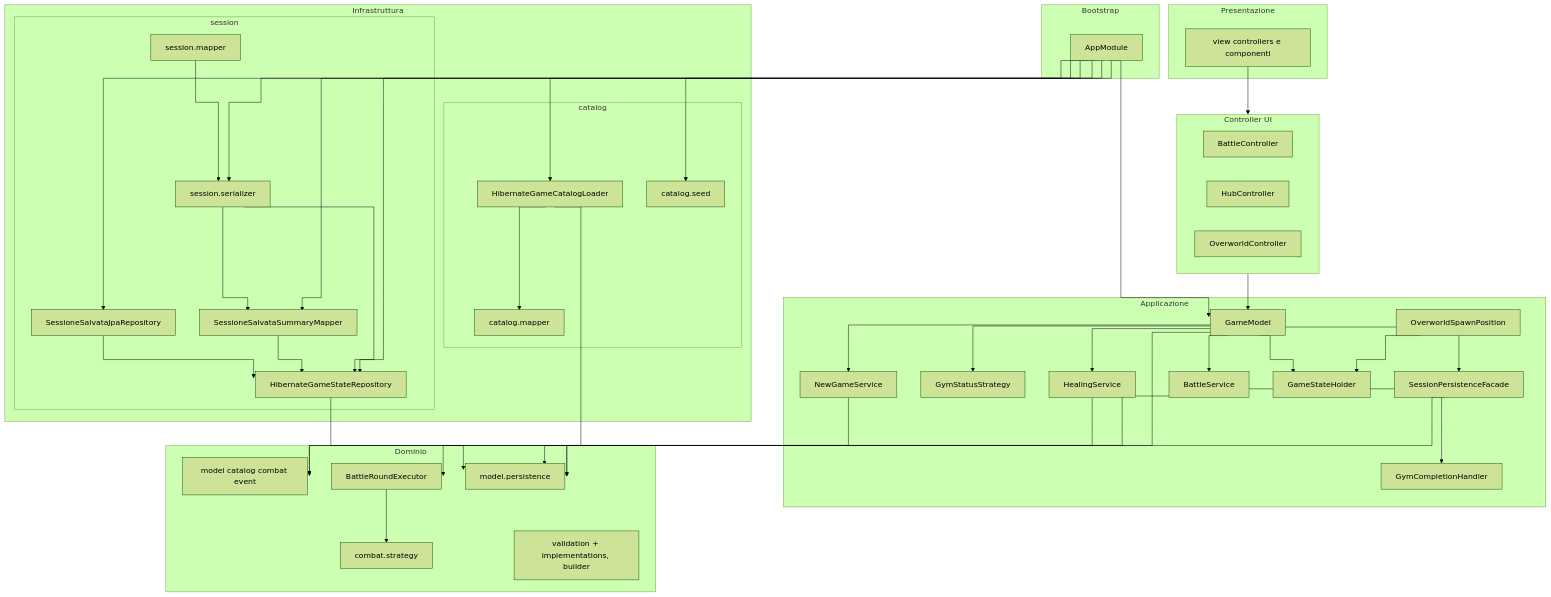
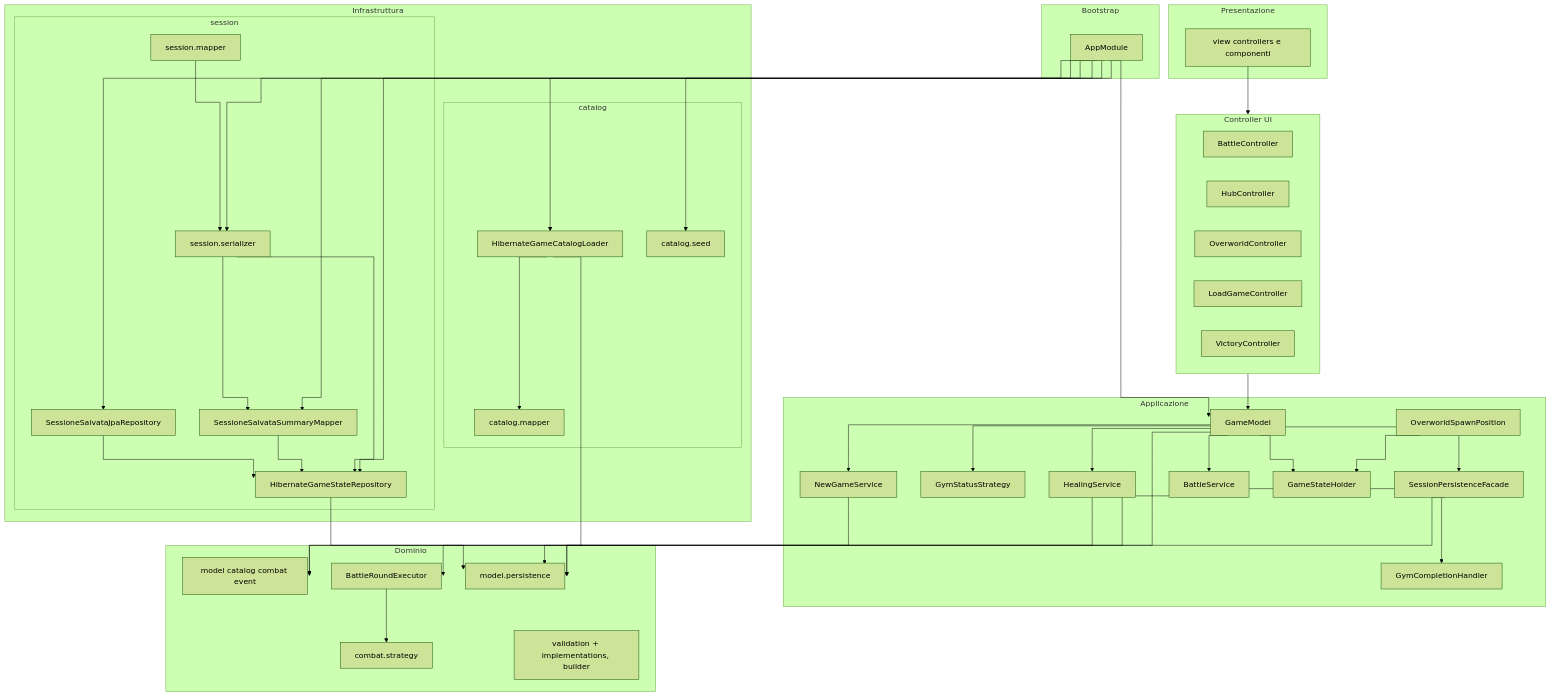
Before and after one commit to ValerioGiglio04/rpg-MPGC: the diagram in .github/wiki-pages/Responsabilita-e-architettura.md, drawn with Mermaid (forest theme). The commit also changed other lines of this file and 6 other files, not shown here.

````diff
--- a/.github/wiki-pages/Responsabilita-e-architettura.md
+++ b/.github/wiki-pages/Responsabilita-e-architettura.md
@@ -37,78 +37,80 @@
 ```mermaid
 %%{init: {'flowchart': {'curve': 'stepAfter'}}}%%
 flowchart TB
   subgraph presentation [Presentazione]
     UI[view controllers e componenti]
   end
   subgraph model.service_layer [Applicazione]
     GS[GameModel]
     SPF[SessionPersistenceFacade]
     GSS[GymStatusStrategy]
     BS[BattleService]
     NG[NewGameService]
     HS[HealingService]
     GCH[GymCompletionHandler]
     GSH[GameStateHolder]
     OSP[OverworldSpawnPosition]
   end
   subgraph model_layer [Dominio]
     Models[model catalog combat event]
     BRE[BattleRoundExecutor]
     Ports[model.persistence]
     Strat[combat.strategy]
     Valid[validation + implementations, builder]
   end
   subgraph infrastructure [Infrastruttura]
     subgraph catalog_model.persistence [catalog]
       HCat[HibernateGameCatalogLoader]
       CEM[catalog.mapper]
       Seed[catalog.seed]
     end
     subgraph session_model.persistence [session]
       JRepo[HibernateGameStateRepository]
       JpaRepo[SessioneSalvataJpaRepository]
       SumMapper[SessioneSalvataSummaryMapper]
       Ser[session.serializer]
       Mapper[session.mapper]
     end
   end
   subgraph bootstrap [Bootstrap]
     AM[AppModule]
   end
   subgraph controllers [Controller UI]
     BP[BattleController]
     HP[HubController]
     OP[OverworldController]
+    LGP[LoadGameController]
+    VP[VictoryController]
   end
   UI --> controllers
   controllers --> GS
   GS --> SPF
   GS --> GSS
   GS --> BS
   GS --> NG
   GS --> HS
   GS --> GSH
   GS --> Ports
   SPF --> Ports
   BS --> BRE
   BRE --> Strat
   BS --> GCH
   NG --> Models
   HS --> Models
   OSP --> GSH
   JRepo --> Ports
   JpaRepo --> JRepo
   SumMapper --> JRepo
   Ser --> JRepo
   Ser --> SumMapper
   Mapper --> Ser
   HCat --> Ports
   HCat --> CEM
   AM --> JRepo
   AM --> JpaRepo
   AM --> SumMapper
   AM --> Ser
   AM --> HCat
   AM --> Seed
   AM --> GS
 ```
````
